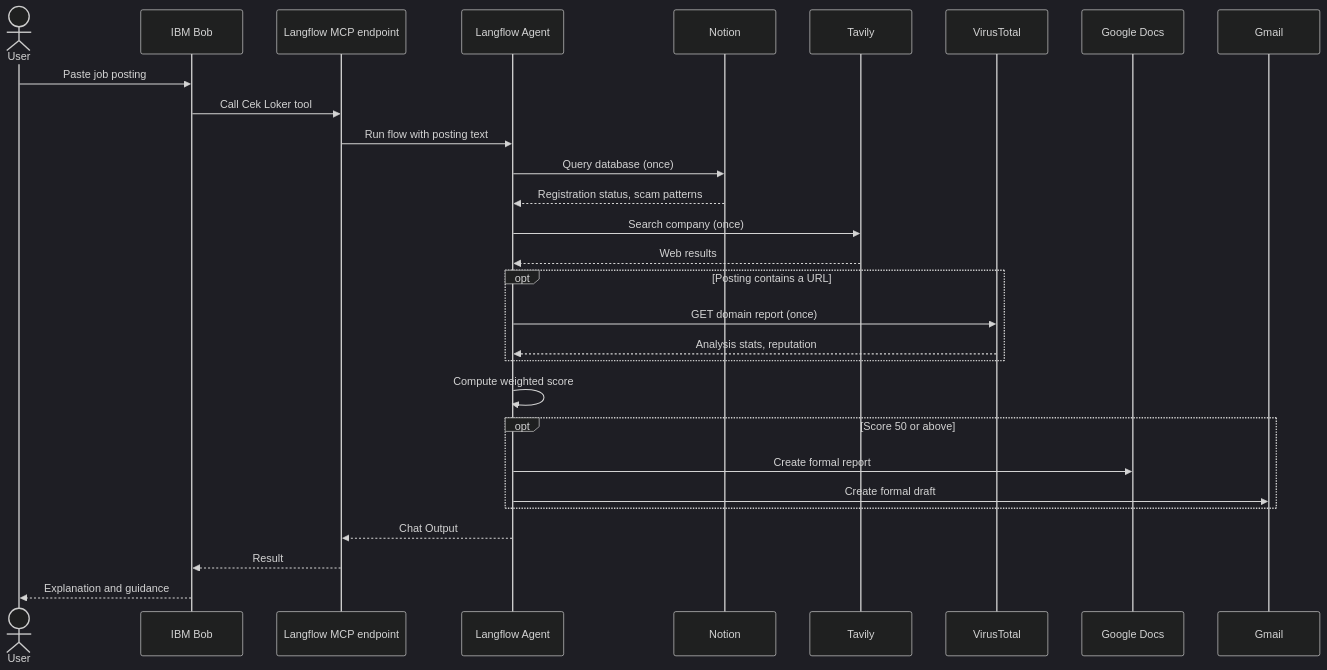
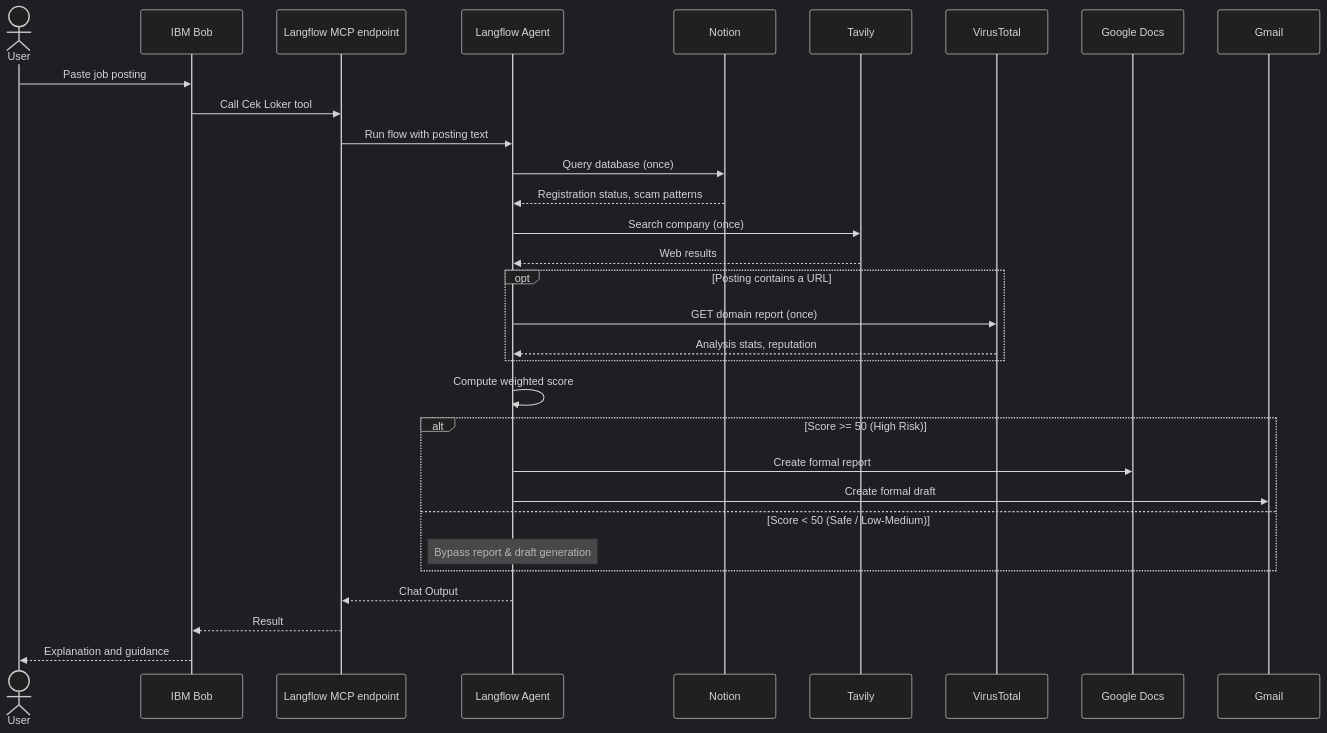
Before and after one commit to RifkyPutraRamadhan/Cek-Loker-AI-Job-Scam-Guard: the second of 2 diagrams in architecture/architecture.md, drawn with Mermaid (dark theme).

Commit message:
Update risk score handling in architecture document

````diff
--- a/architecture/architecture.md
+++ b/architecture/architecture.md
@@ -75,31 +75,33 @@
 ```mermaid
 sequenceDiagram
     actor User
     participant Bob as IBM Bob
     participant MCP as Langflow MCP endpoint
     participant Agent as Langflow Agent
     participant Notion
     participant Tavily
     participant VT as VirusTotal
     participant Docs as Google Docs
     participant Gmail
     User->>Bob: Paste job posting
     Bob->>MCP: Call Cek Loker tool
     MCP->>Agent: Run flow with posting text
     Agent->>Notion: Query database (once)
     Notion-->>Agent: Registration status, scam patterns
     Agent->>Tavily: Search company (once)
     Tavily-->>Agent: Web results
     opt Posting contains a URL
         Agent->>VT: GET domain report (once)
         VT-->>Agent: Analysis stats, reputation
     end
     Agent->>Agent: Compute weighted score
-    opt Score 50 or above
+    alt Score >= 50 (High Risk)
         Agent->>Docs: Create formal report
         Agent->>Gmail: Create formal draft
+    else Score < 50 (Safe / Low-Medium)
+        Note over Agent: Bypass report & draft generation
     end
     Agent-->>MCP: Chat Output
     MCP-->>Bob: Result
     Bob-->>User: Explanation and guidance
 ```
````
